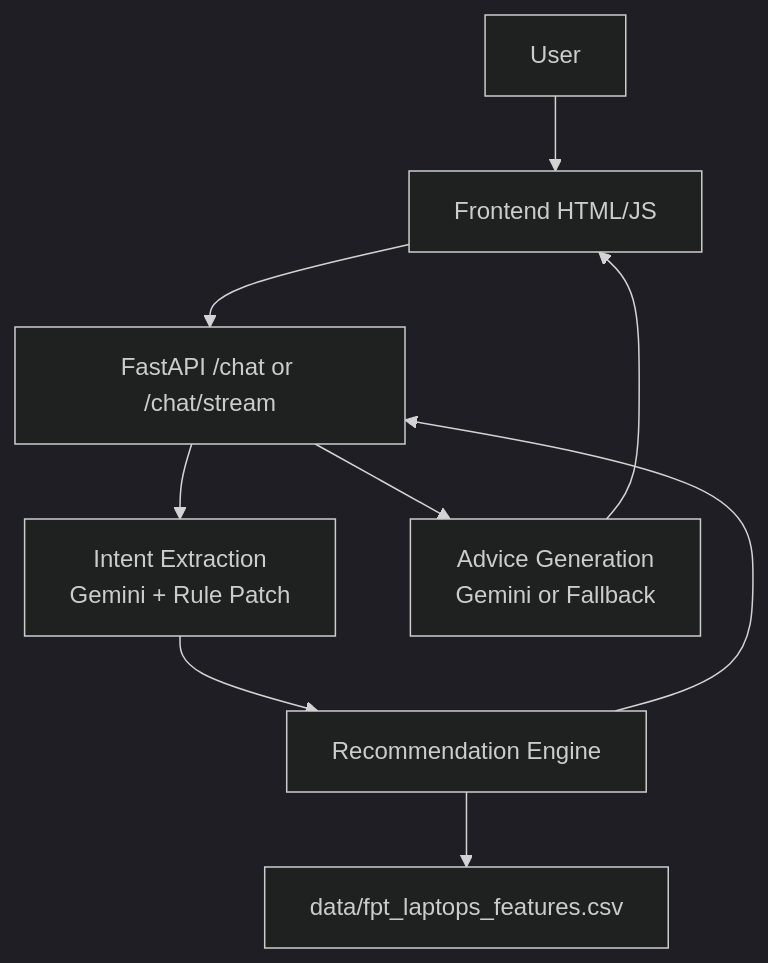
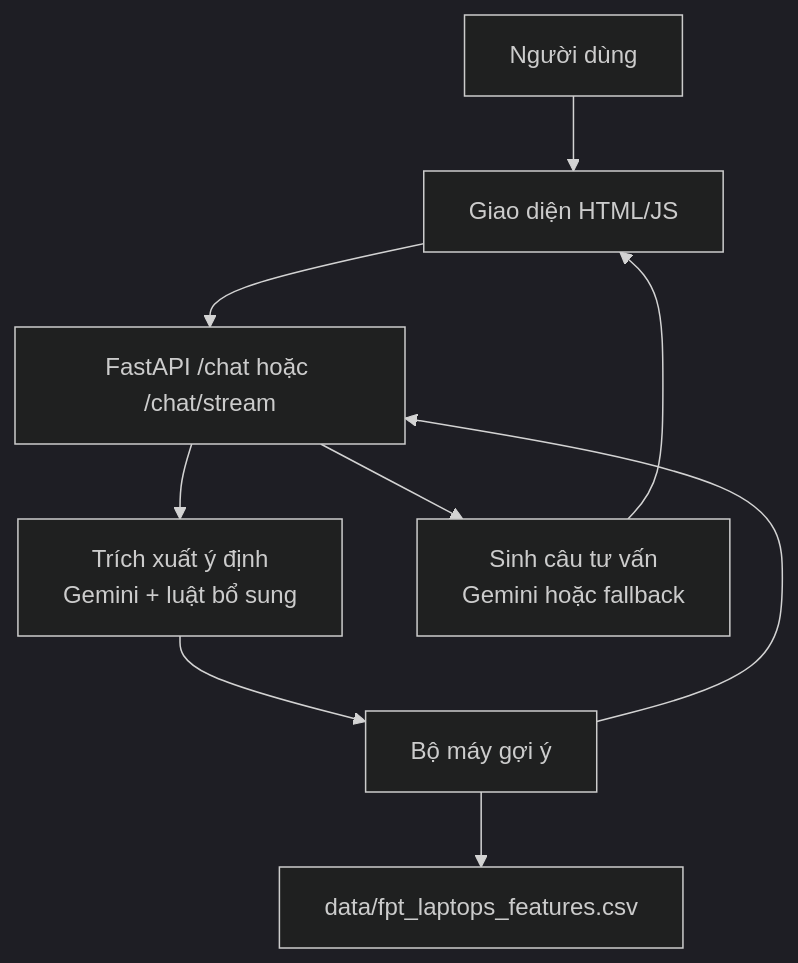
The third of 4 diagrams in reports/fpt_laptop_advisor_report.md (huyt39/Laptop-Advisor-DS), drawn with Mermaid (dark theme) before and after one commit. The commit also changed other lines of this file, not shown here.

````diff
--- a/reports/fpt_laptop_advisor_report.md
+++ b/reports/fpt_laptop_advisor_report.md
@@ -704,11 +767,11 @@
 ```mermaid
 flowchart TD
-    U["User"] --> FE["Frontend HTML/JS"]
-    FE --> API["FastAPI /chat or /chat/stream"]
-    API --> INTENT["Intent Extraction<br/>Gemini + Rule Patch"]
-    INTENT --> REC["Recommendation Engine"]
+    U["Người dùng"] --> FE["Giao diện HTML/JS"]
+    FE --> API["FastAPI /chat hoặc /chat/stream"]
+    API --> INTENT["Trích xuất ý định<br/>Gemini + luật bổ sung"]
+    INTENT --> REC["Bộ máy gợi ý"]
     REC --> CSV["data/fpt_laptops_features.csv"]
     REC --> API
-    API --> LLM["Advice Generation<br/>Gemini or Fallback"]
+    API --> LLM["Sinh câu tư vấn<br/>Gemini hoặc fallback"]
     LLM --> FE
 ```
````
